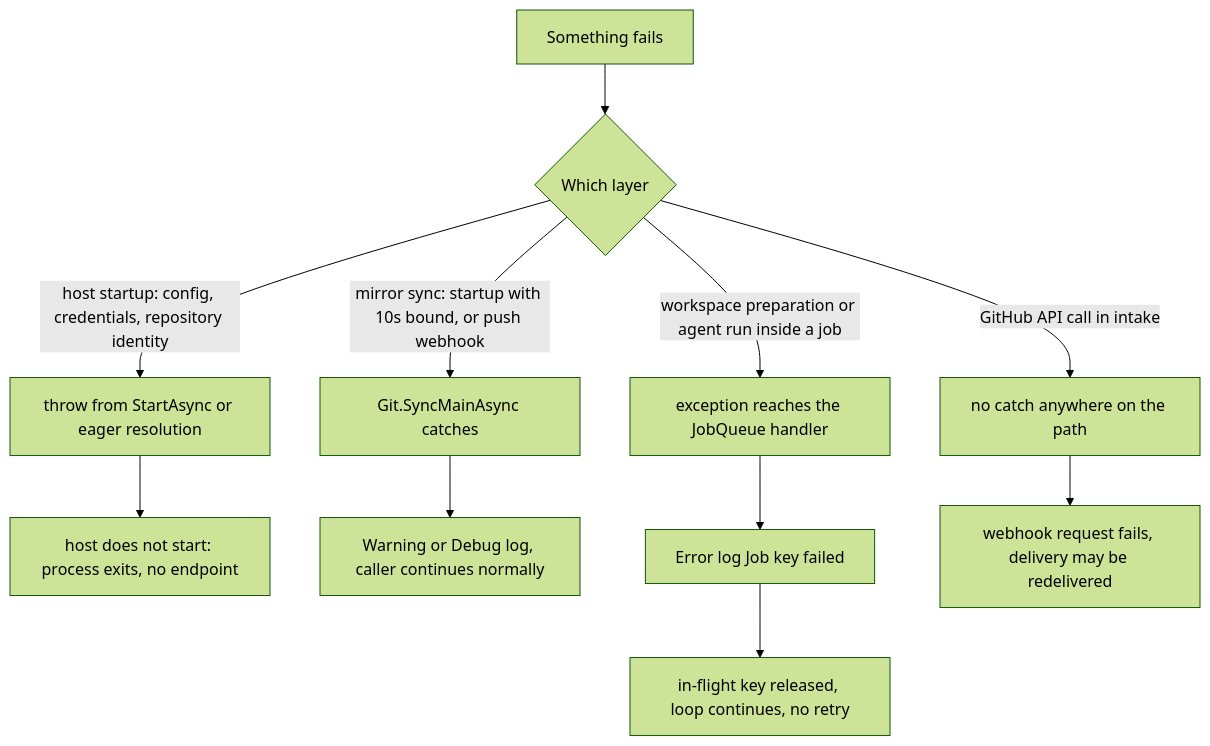
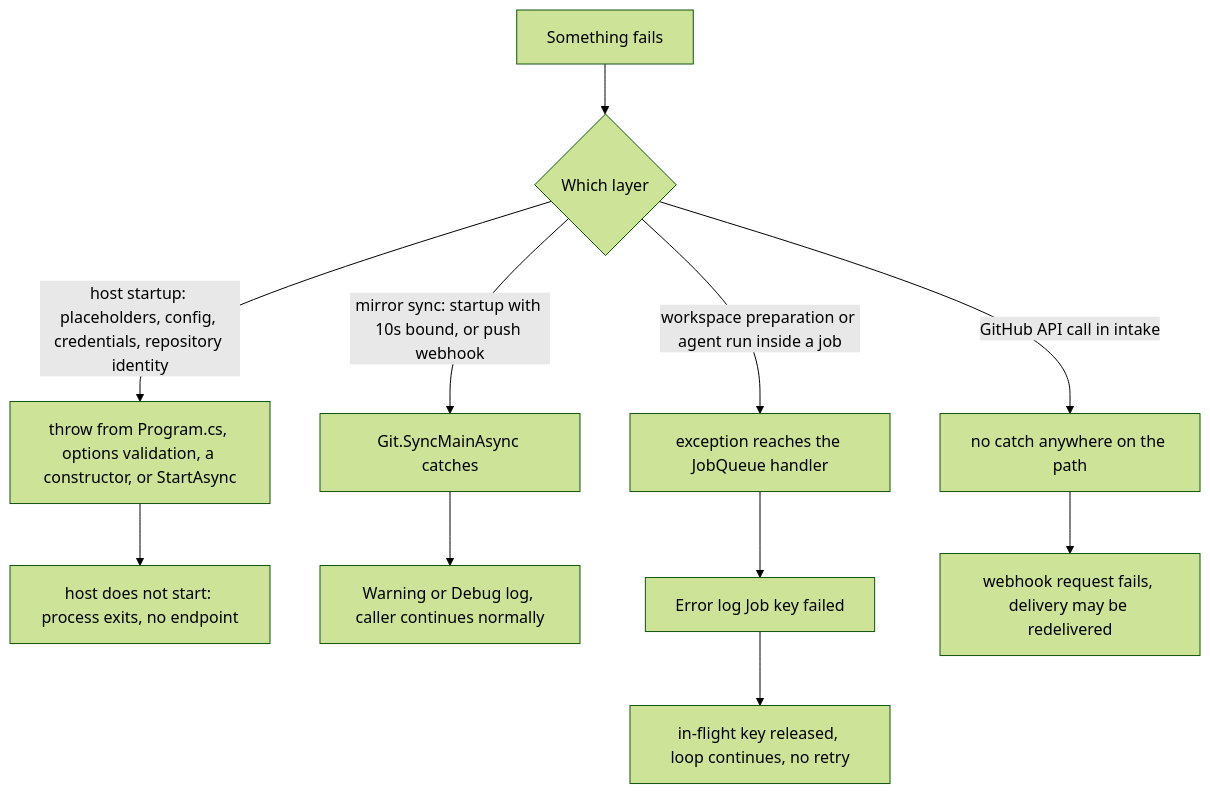
The first of 2 diagrams in openwiki/operations/failure-handling.md (ToufiqSenpai/sebastian), drawn with Mermaid (forest theme) before and after one commit. The commit also changed other lines of this file and 39 other files, not shown here.

````diff
--- a/openwiki/operations/failure-handling.md
+++ b/openwiki/operations/failure-handling.md
@@ -42,13 +48,13 @@
 ```mermaid
 flowchart TD
     F["Something fails"] --> L{"Which layer"}
-    L -->|"host startup: config, credentials, repository identity"| S["throw from StartAsync or eager resolution"]
+    L -->|"host startup: placeholders, config, credentials, repository identity"| S["throw from Program.cs, options validation, a constructor, or StartAsync"]
     S --> S1["host does not start: process exits, no endpoint"]
     L -->|"mirror sync: startup with 10s bound, or push webhook"| Y["Git.SyncMainAsync catches"]
     Y --> Y1["Warning or Debug log, caller continues normally"]
     L -->|"workspace preparation or agent run inside a job"| J["exception reaches the JobQueue handler"]
     J --> J1["Error log Job key failed"]
     J1 --> J2["in-flight key released, loop continues, no retry"]
     L -->|"GitHub API call in intake"| X["no catch anywhere on the path"]
     X --> X1["webhook request fails, delivery may be redelivered"]
 ```
````
